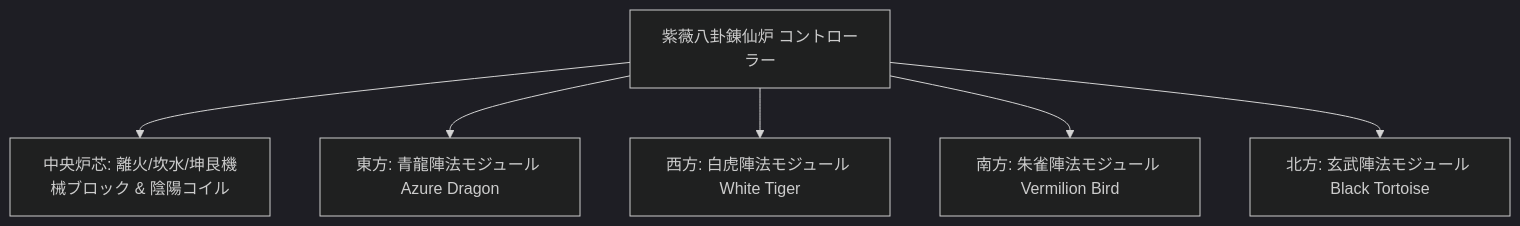
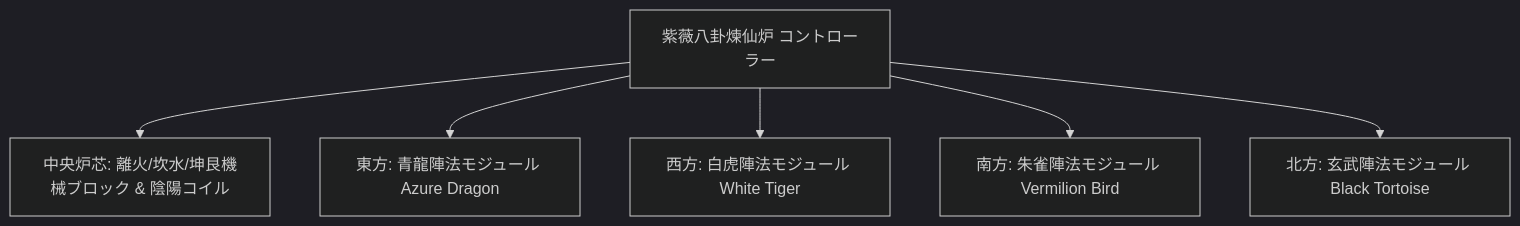
Before and after one commit to takanashisatou/GregtechEasy: the diagram in docs/ja/gtecore/yin-yang-and-four-symbols.md, drawn with Mermaid (dark theme). The commit also changed other lines of this file and 138 other files, not shown here.

````diff
--- a/docs/ja/gtecore/yin-yang-and-four-symbols.md
+++ b/docs/ja/gtecore/yin-yang-and-four-symbols.md
@@ -11,8 +11,8 @@
 ```mermaid
 graph TD
-    A[紫薇八卦錬仙炉 コントローラー] --> B[中央炉芯: 離火/坎水/坤艮機械ブロック & 陰陽コイル]
+    A[紫薇八卦煉仙炉 コントローラー] --> B[中央炉芯: 離火/坎水/坤艮機械ブロック & 陰陽コイル]
     A --> C[東方: 青龍陣法モジュール Azure Dragon]
     A --> D[西方: 白虎陣法モジュール White Tiger]
     A --> E[南方: 朱雀陣法モジュール Vermilion Bird]
     A --> F[北方: 玄武陣法モジュール Black Tortoise]
 ```
````
